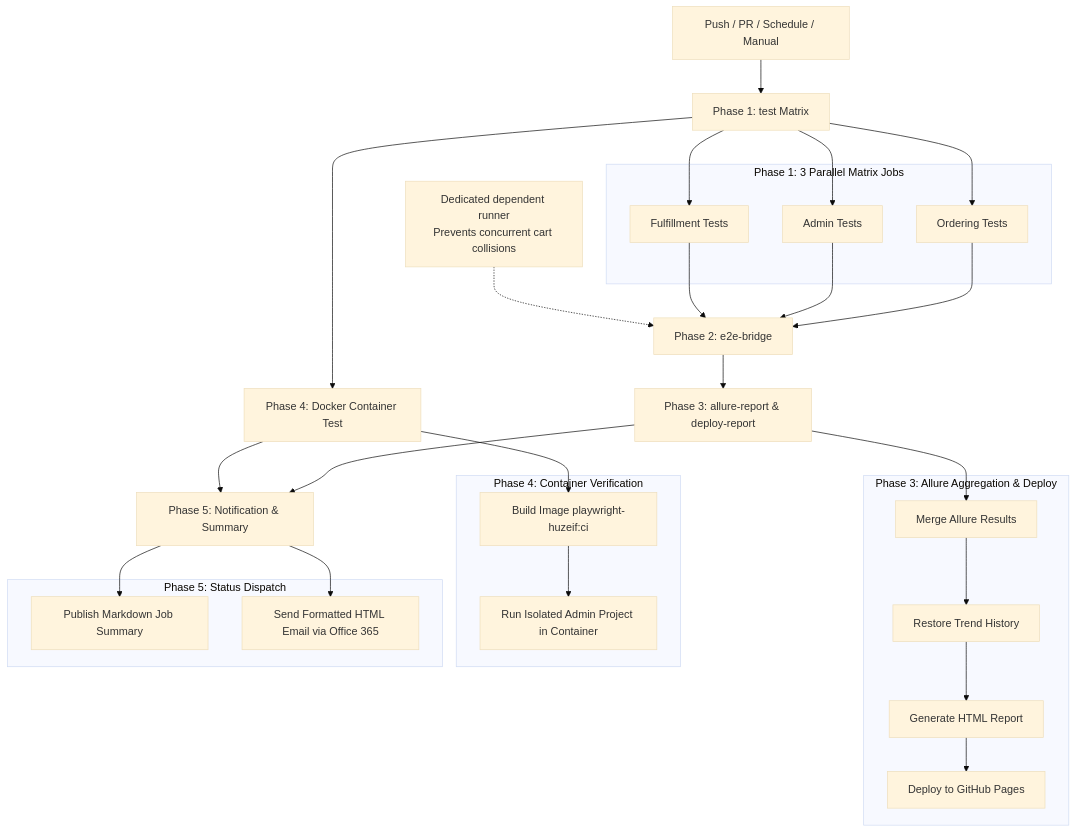
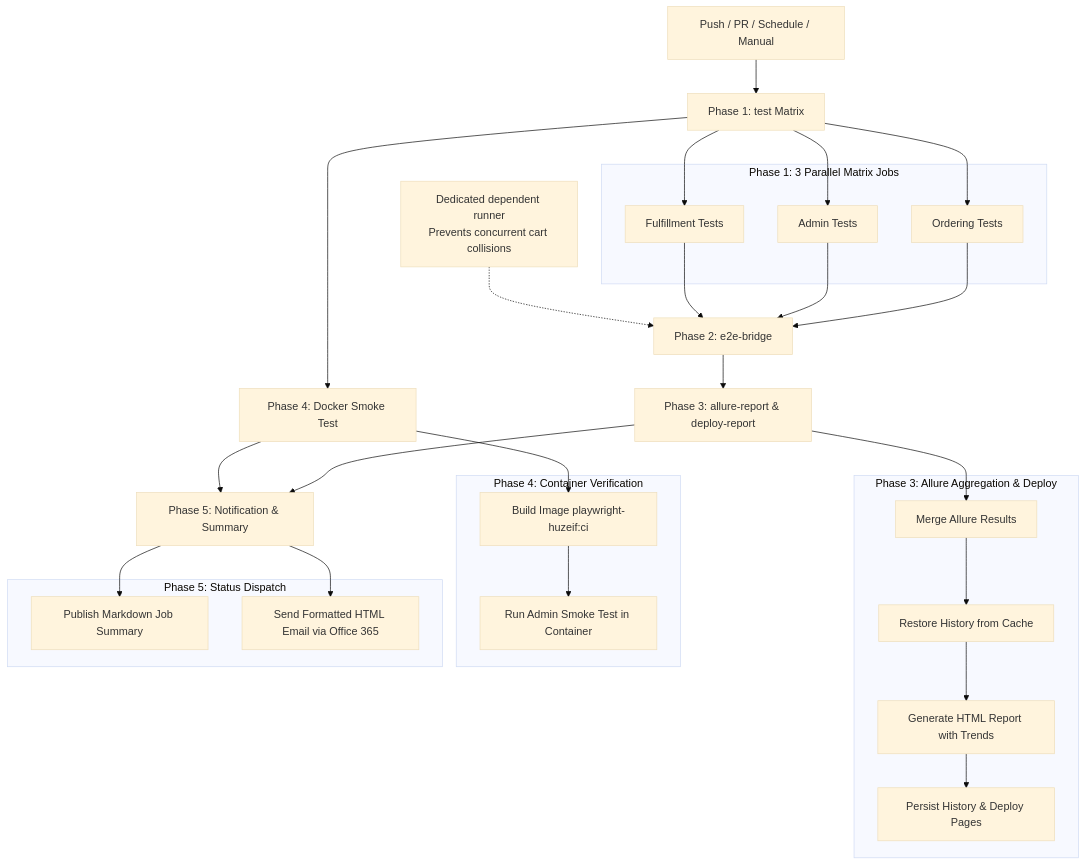
Before and after one commit to Huzeif1994/test: the diagram in README.md, drawn with Mermaid (base theme). The commit also changed other lines of this file and 12 other files, not shown here.

Commit message:
feat(architecture): enforce quality gate, fix allure trend history lifecycle, add unit tests, and harden predictive selector and bug reporter

````diff
--- a/README.md
+++ b/README.md
@@ -134,39 +150,39 @@
 ```mermaid
 flowchart TD
     A[Push / PR / Schedule / Manual] --> B[Phase 1: test Matrix]
     subgraph Phase1 [Phase 1: 3 Parallel Matrix Jobs]
         B1[Ordering Tests]
         B2[Admin Tests]
         B3[Fulfillment Tests]
     end
     B --> B1
     B --> B2
     B --> B3
     
     B1 & B2 & B3 --> C[Phase 2: e2e-bridge]
     note1[Dedicated dependent runner\nPrevents concurrent cart collisions] -.-> C
     
     C --> D[Phase 3: allure-report & deploy-report]
     subgraph Phase3 [Phase 3: Allure Aggregation & Deploy]
         D1[Merge Allure Results]
-        D2[Restore Trend History]
-        D3[Generate HTML Report]
-        D4[Deploy to GitHub Pages]
+        D2[Restore History from Cache]
+        D3[Generate HTML Report with Trends]
+        D4[Persist History & Deploy Pages]
     end
     D --> D1 --> D2 --> D3 --> D4
     
-    B --> E[Phase 4: Docker Container Test]
+    B --> E[Phase 4: Docker Smoke Test]
     subgraph Phase4 [Phase 4: Container Verification]
         E1[Build Image playwright-huzeif:ci]
-        E2[Run Isolated Admin Project in Container]
+        E2[Run Admin Smoke Test in Container]
     end
     E --> E1 --> E2
     
     D & E --> F[Phase 5: Notification & Summary]
     subgraph Phase5 [Phase 5: Status Dispatch]
         F1[Publish Markdown Job Summary]
         F2[Send Formatted HTML Email via Office 365]
     end
     F --> F1
     F --> F2
 ```
````
